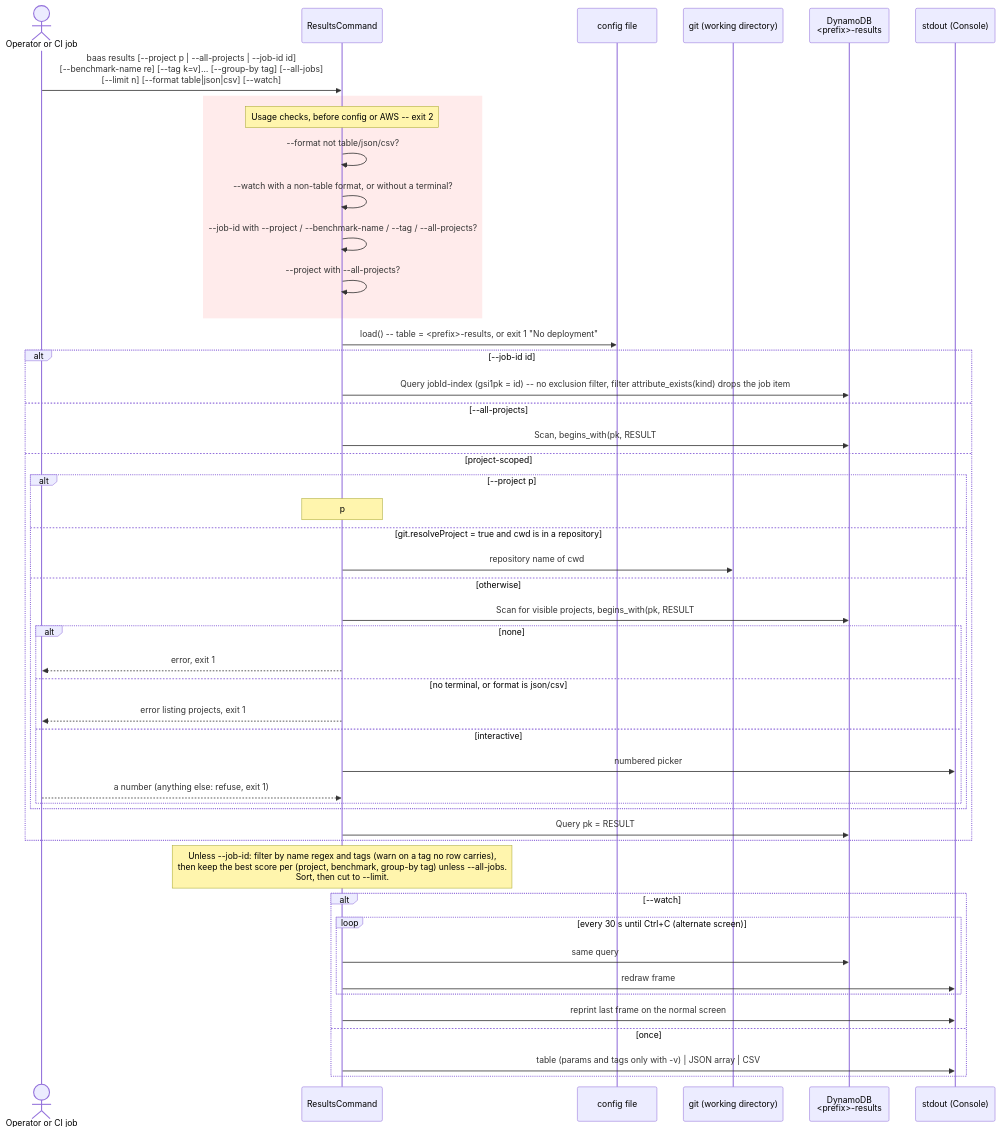
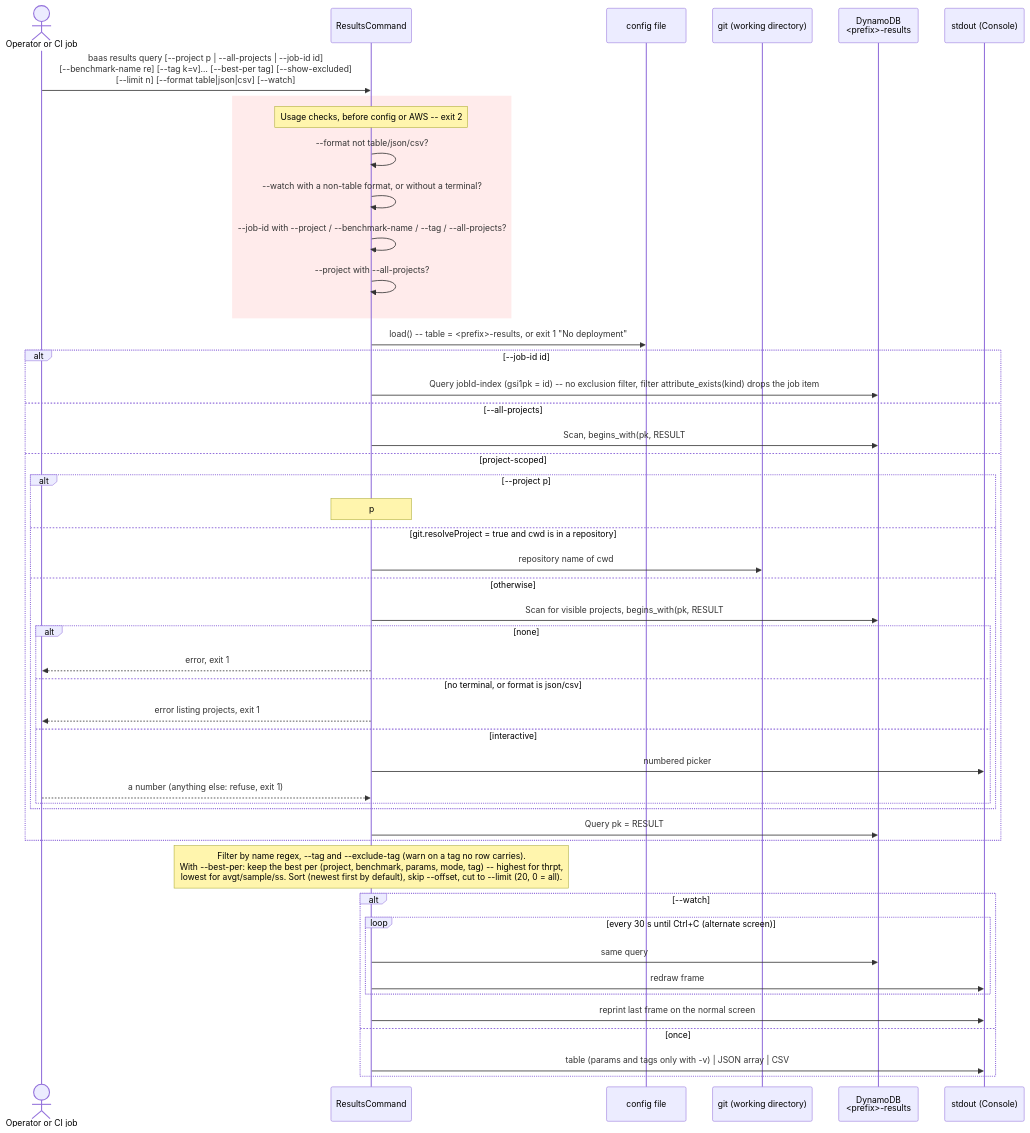
Before and after one commit to wsztajerowski/benchmark-as-a-service: the diagram in docs/diagrams/baas-results.mmd, drawn with Mermaid. The commit also changed 75 other files, not shown here.

```diff
--- a/docs/diagrams/baas-results.mmd
+++ b/docs/diagrams/baas-results.mmd
@@ -1,53 +1,53 @@
 sequenceDiagram
     actor User as Operator or CI job
     participant RC as ResultsCommand
     participant CFG as config file
     participant Git as git (working directory)
     participant DDB as DynamoDB<br/><prefix>-results
     participant Out as stdout (Console)
 
-    User->>RC: baas results [--project p | --all-projects | --job-id id]<br/>[--benchmark-name re] [--tag k=v]… [--group-by tag] [--all-jobs]<br/>[--limit n] [--format table|json|csv] [--watch]
+    User->>RC: baas results query [--project p | --all-projects | --job-id id]<br/>[--benchmark-name re] [--tag k=v]… [--best-per tag] [--show-excluded]<br/>[--limit n] [--format table|json|csv] [--watch]
 
     rect rgb(255, 235, 235)
         Note over RC: Usage checks, before config or AWS -- exit 2
         RC->>RC: --format not table/json/csv?
         RC->>RC: --watch with a non-table format, or without a terminal?
         RC->>RC: --job-id with --project / --benchmark-name / --tag / --all-projects?
         RC->>RC: --project with --all-projects?
     end
 
     RC->>CFG: load() -- table = <prefix>-results, or exit 1 "No deployment"
 
     alt --job-id id
         RC->>DDB: Query jobId-index (gsi1pk = id) -- no exclusion filter, filter attribute_exists(kind) drops the job item
     else --all-projects
-        RC->>DDB: Scan, begins_with(pk, RESULT#) (exclude_from_results filtered unless --all-jobs)
+        RC->>DDB: Scan, begins_with(pk, RESULT#) (exclude_from_results filtered unless --show-excluded)
     else project-scoped
         alt --project p
             Note over RC: p
         else git.resolveProject = true and cwd is in a repository
             RC->>Git: repository name of cwd
         else otherwise
             RC->>DDB: Scan for visible projects, begins_with(pk, RESULT#) -- job items never offer a project
             alt none
                 RC-->>User: error, exit 1
             else no terminal, or format is json/csv
                 RC-->>User: error listing projects, exit 1
             else interactive
                 RC->>Out: numbered picker
                 User-->>RC: a number (anything else: refuse, exit 1)
             end
         end
         RC->>DDB: Query pk = RESULT#<project>
     end
 
-    Note over RC: Unless --job-id: filter by name regex and tags (warn on a tag no row carries),<br/>then keep the best score per (project, benchmark, group-by tag) unless --all-jobs.<br/>Sort, then cut to --limit.
+    Note over RC: Filter by name regex, --tag and --exclude-tag (warn on a tag no row carries).<br/>With --best-per: keep the best per (project, benchmark, params, mode, tag) -- highest for thrpt,<br/>lowest for avgt/sample/ss. Sort (newest first by default), skip --offset, cut to --limit (20, 0 = all).
     alt --watch
         loop every 30 s until Ctrl+C (alternate screen)
             RC->>DDB: same query
             RC->>Out: redraw frame
         end
         RC->>Out: reprint last frame on the normal screen
     else once
         RC->>Out: table (params and tags only with -v) | JSON array | CSV
     end
```
